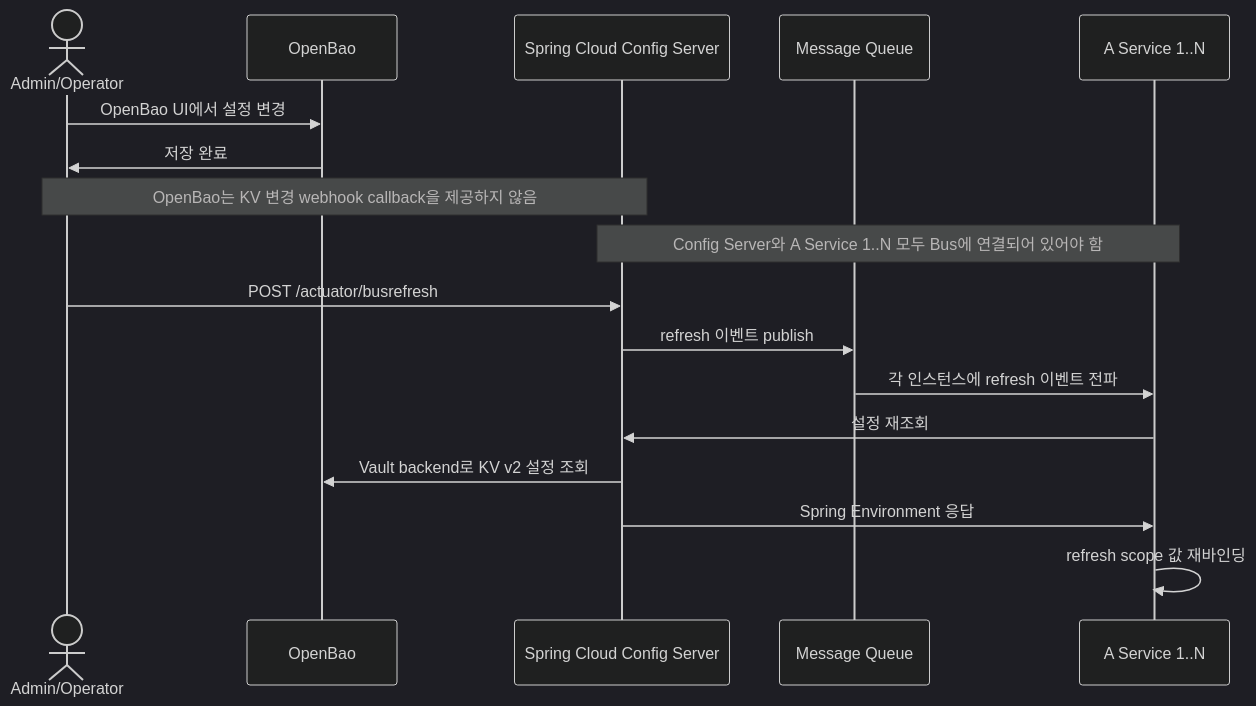
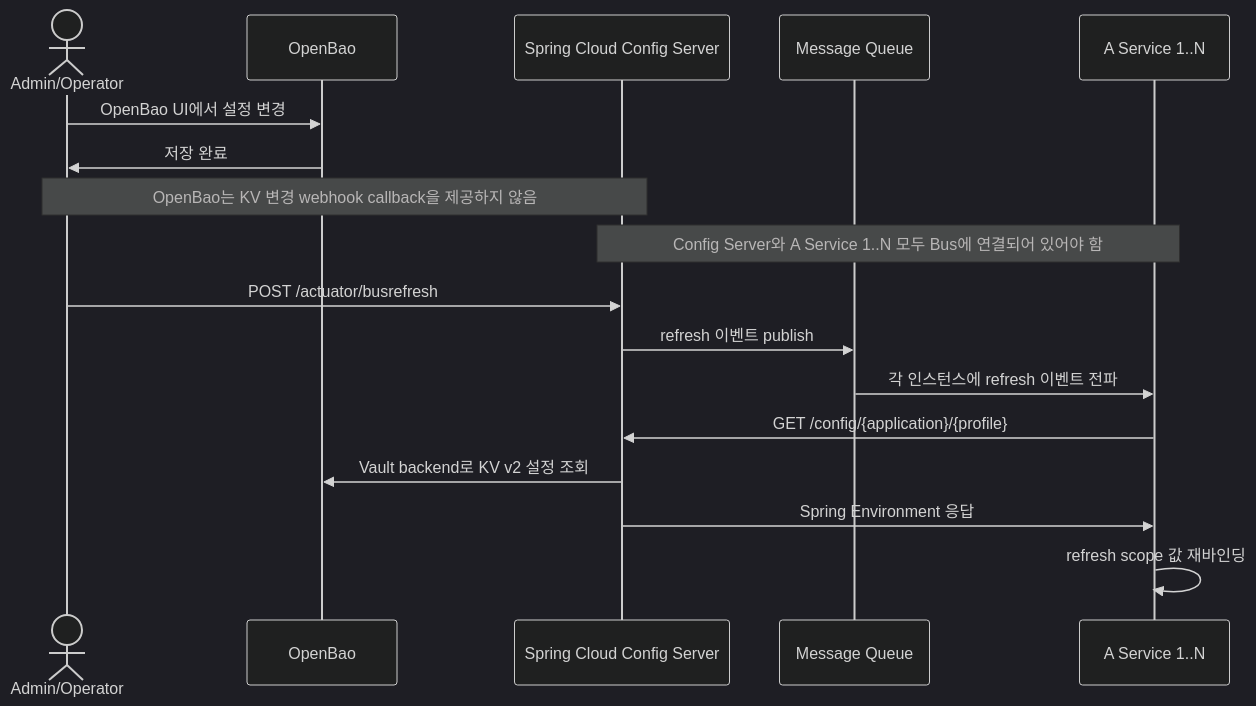
The second of 2 diagrams in README.md (Hyune-s-lab/my-spring-cloud-config), drawn with Mermaid (dark theme) before and after one commit. The commit also changed other lines of this file, not shown here.

Commit message:
docs: specify refresh lookup endpoint

````diff
--- a/README.md
+++ b/README.md
@@ -96,19 +97,19 @@
 ```mermaid
 sequenceDiagram
     actor Admin as Admin/Operator
     participant Bao as OpenBao
     participant Config as Spring Cloud Config Server
     participant Broker as Message Queue
     participant App as A Service 1..N
     Admin ->> Bao: OpenBao UI에서 설정 변경
     Bao ->> Admin: 저장 완료
     Note over Admin, Config: OpenBao는 KV 변경 webhook callback을 제공하지 않음
     Note over Config, App: Config Server와 A Service 1..N 모두 Bus에 연결되어 있어야 함
     Admin ->> Config: POST /actuator/busrefresh
     Config ->> Broker: refresh 이벤트 publish
     Broker ->> App: 각 인스턴스에 refresh 이벤트 전파
-    App ->> Config: 설정 재조회
+    App ->> Config: GET /config/{application}/{profile}
     Config ->> Bao: Vault backend로 KV v2 설정 조회
     Config ->> App: Spring Environment 응답
     App ->> App: refresh scope 값 재바인딩
 ```
````
